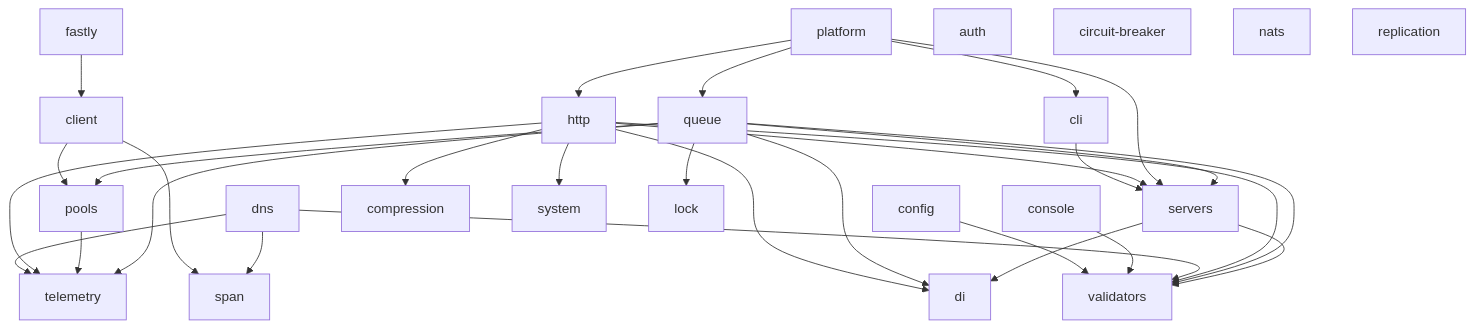
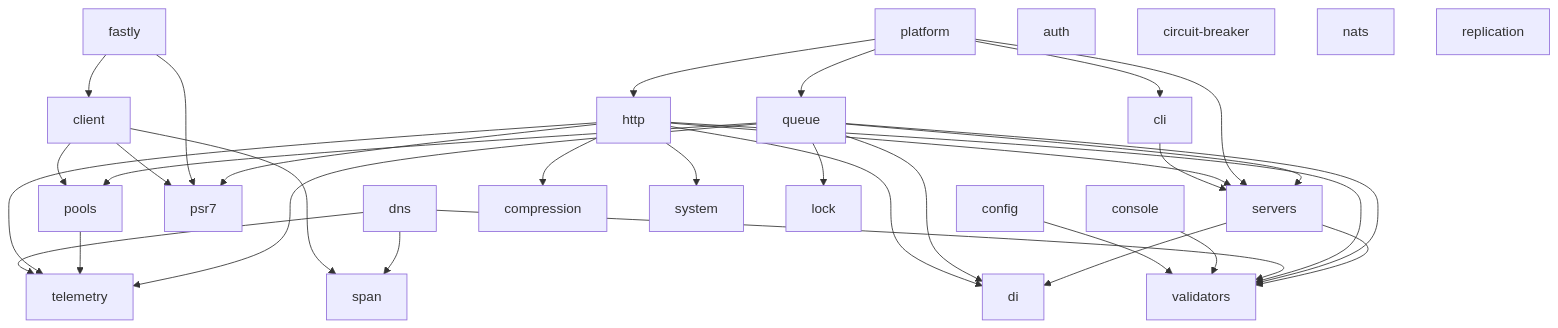
One commit to utopia-php/monorepo changed the diagram in README.md. Above: the diagram before and after it, drawn with Mermaid. The commit also changed 47 other files, not shown here.

````diff
--- a/README.md
+++ b/README.md
@@ -46,35 +46,38 @@
 ```mermaid
 graph TD
     cli --> servers
     client --> pools
+    client --> psr7
     client --> span
     config --> validators
     console --> validators
     dns --> span
     dns --> telemetry
     dns --> validators
     fastly --> client
+    fastly --> psr7
     http --> di
     http --> servers
     http --> compression
+    http --> psr7
     http --> telemetry
     http --> validators
     http --> system
     platform --> cli
     platform --> http
     platform --> queue
     platform --> servers
     pools --> telemetry
     queue --> di
     queue --> lock
     queue --> servers
     queue --> pools
     queue --> telemetry
     queue --> validators
     servers --> di
     servers --> validators
     auth
     circuit-breaker
     nats
     replication
 ```
````
